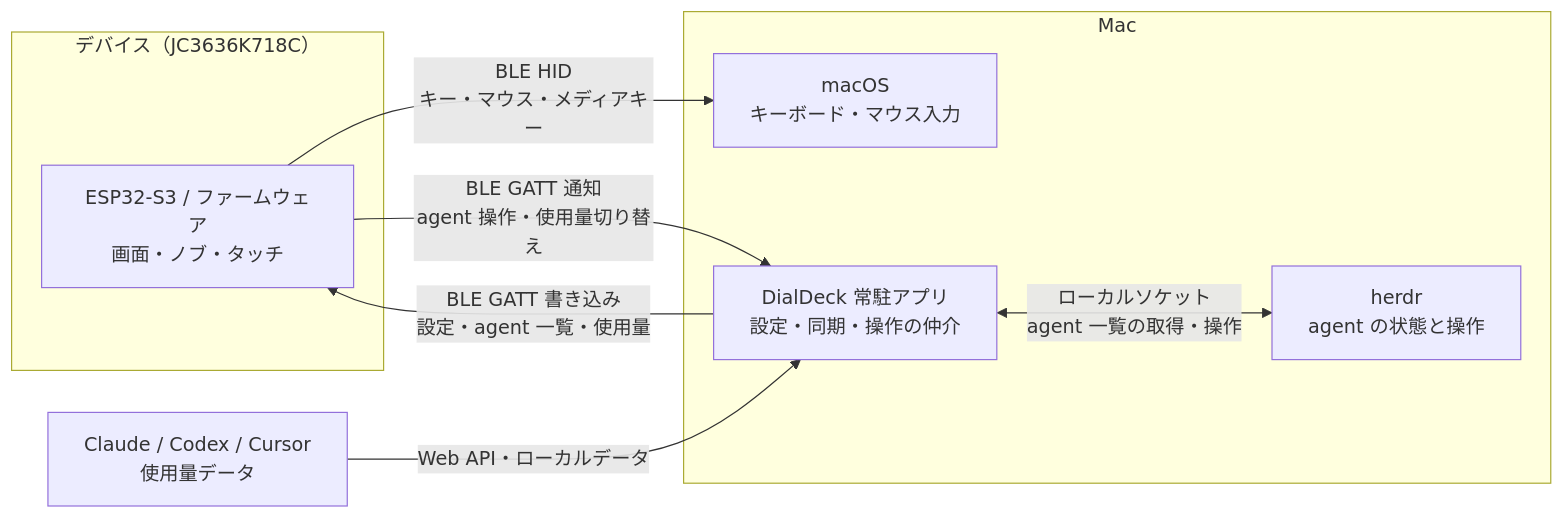
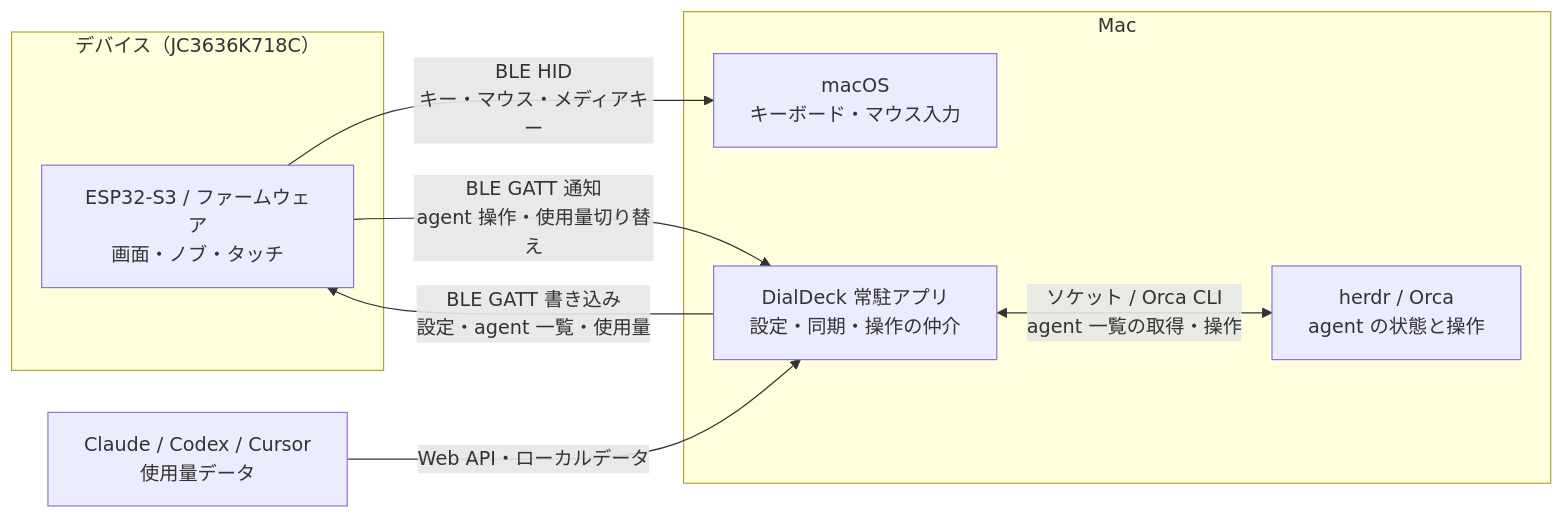
The diagram in docs/architecture.md (kuroweb/dialdeck), drawn with Mermaid before and after one commit. The commit also changed other lines of this file and 23 other files, not shown here.

````diff
--- a/docs/architecture.md
+++ b/docs/architecture.md
@@ -7,18 +7,18 @@
 ```mermaid
 flowchart LR
     subgraph device["デバイス（JC3636K718C）"]
         firmware["ESP32-S3 / ファームウェア<br/>画面・ノブ・タッチ"]
     end
     subgraph mac["Mac"]
         system["macOS<br/>キーボード・マウス入力"]
         app["DialDeck 常駐アプリ<br/>設定・同期・操作の仲介"]
-        herdr["herdr<br/>agent の状態と操作"]
+        agents["herdr / Orca<br/>agent の状態と操作"]
     end
     usage["Claude / Codex / Cursor<br/>使用量データ"]
 
     firmware -->|"BLE HID<br/>キー・マウス・メディアキー"| system
     app -->|"BLE GATT 書き込み<br/>設定・agent 一覧・使用量"| firmware
     firmware -->|"BLE GATT 通知<br/>agent 操作・使用量切り替え"| app
-    app <-->|"ローカルソケット<br/>agent 一覧の取得・操作"| herdr
+    app <-->|"ソケット / Orca CLI<br/>agent 一覧の取得・操作"| agents
     usage -->|"Web API・ローカルデータ"| app
 ```
````
